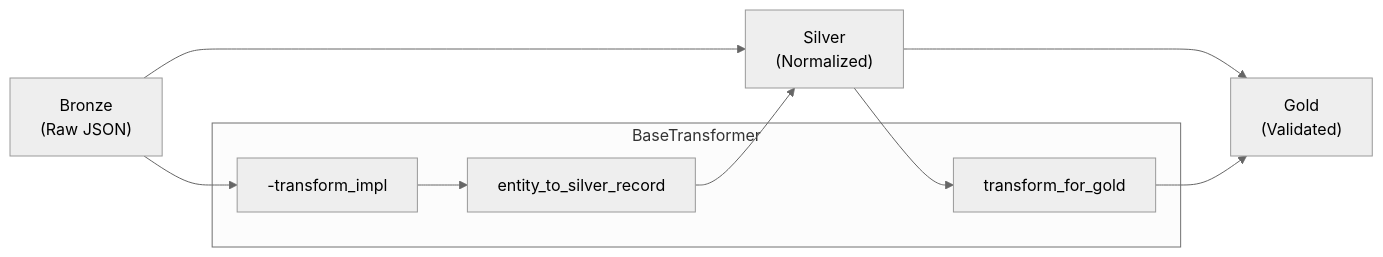
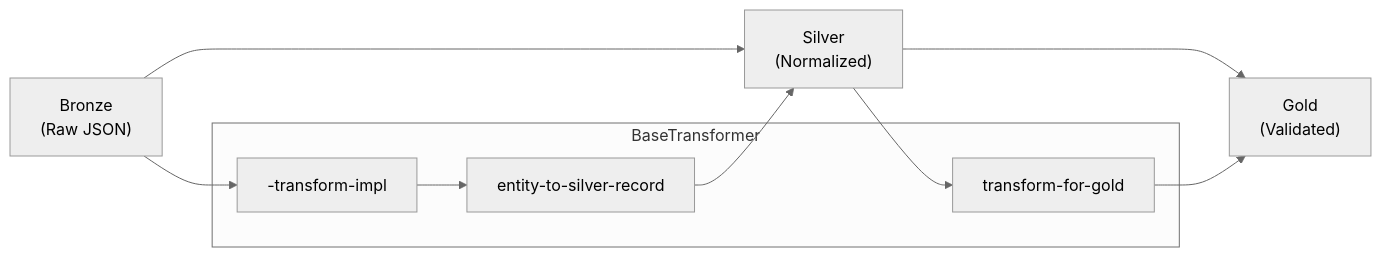
The diagram in docs/04-reference/api/application/transformers.md (SatoryKono/BioactivityDataAcquisition), drawn with Mermaid (neutral theme) before and after one commit. The commit also changed other lines of this file and 347 other files, not shown here.

````diff
--- a/docs/04-reference/api/application/transformers.md
+++ b/docs/04-reference/api/application/transformers.md
@@ -9,17 +9,17 @@
 ```mermaid
 flowchart LR
     Bronze["Bronze<br/>(Raw JSON)"] --> Silver["Silver<br/>(Normalized)"]
     Silver --> Gold["Gold<br/>(Validated)"]
 
     subgraph Transform["BaseTransformer"]
-        T1[-transform_impl]
-        T2[entity_to_silver_record]
-        T3[transform_for_gold]
+        T1[-transform-impl]
+        T2[entity-to-silver-record]
+        T3[transform-for-gold]
     end
 
     Bronze --> T1
     T1 --> T2
     T2 --> Silver
     Silver --> T3
     T3 --> Gold
 ```
````
